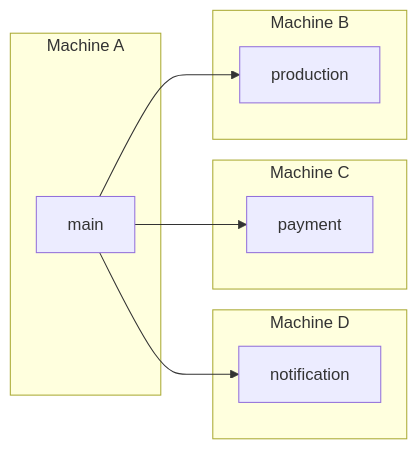
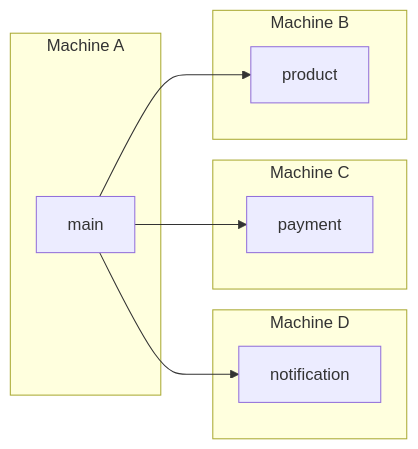
Before and after one commit to hyorimitsu/hello-serviceweaver: the third of 3 diagrams in README.md, drawn with Mermaid. The commit also changed other lines of this file, not shown here.

````diff
--- a/README.md
+++ b/README.md
@@ -51,18 +51,18 @@
 ```mermaid
 graph LR
-    main-->production
+    main-->product
     main-->payment
     main-->notification
     subgraph Machine A
         main
     end
     subgraph Machine D
         notification
     end
     subgraph Machine C
         payment
     end
     subgraph Machine B
-        production
+        product
     end
 ```
````
